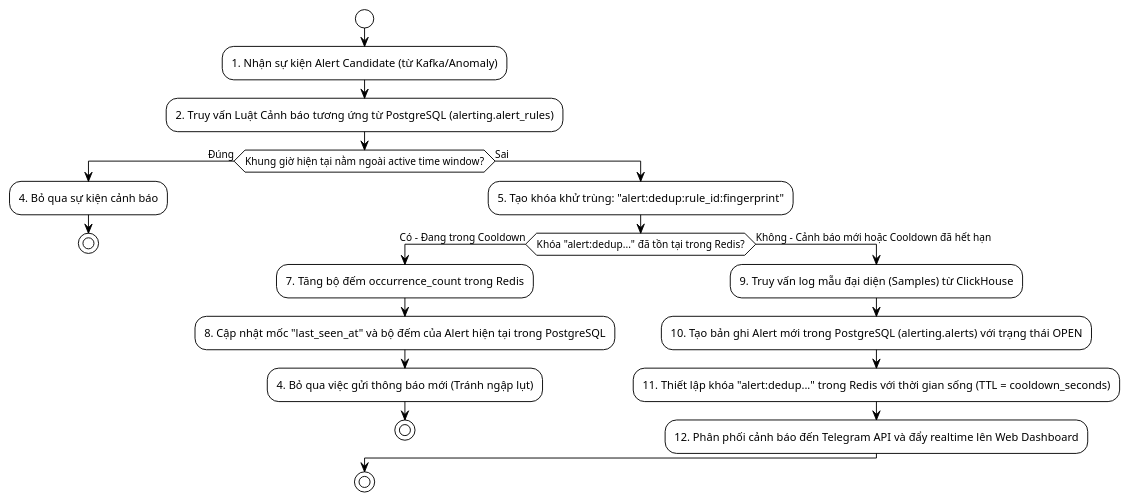
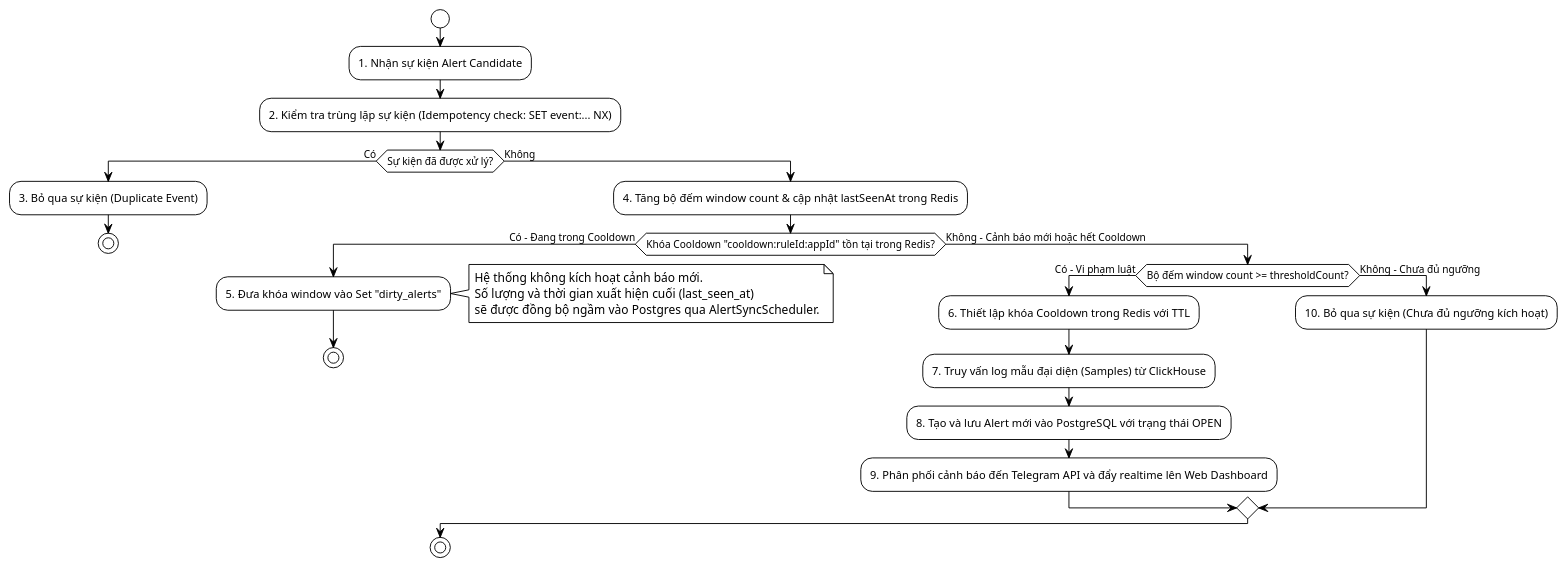
The ninth of 12 diagrams in detailed-diagrams.md (nguyentrongduc2005/log-monitoring-system), drawn with PlantUML before and after one commit. The commit also changed other lines of this file, not shown here.

Commit message:
docs: align alerting and deduplication flow with java and redis lua implementation

````diff
--- a/detailed-diagrams.md
+++ b/detailed-diagrams.md
@@ -406,33 +416,37 @@
 ```plantuml
 @startuml
 !theme plain
 skinparam monochrome true
 skinparam shadowing false
 skinparam defaultFontName "Courier New"
 
 start
-:1. Nhận sự kiện Alert Candidate (từ Kafka/Anomaly);
-:2. Truy vấn Luật Cảnh báo tương ứng từ PostgreSQL (alerting.alert_rules);
-
-if (Khung giờ hiện tại nằm ngoài active time window?) then (Đúng)
-    :4. Bỏ qua sự kiện cảnh báo;
+:1. Nhận sự kiện Alert Candidate;
+:2. Kiểm tra trùng lặp sự kiện (Idempotency check: SET event:... NX);
+if (Sự kiện đã được xử lý?) then (Có)
+    :3. Bỏ qua sự kiện (Duplicate Event);
     stop
-else (Sai)
-    :5. Tạo khóa khử trùng: "alert:dedup:rule_id:fingerprint";
-
-    if (Khóa "alert:dedup..." đã tồn tại trong Redis?) then (Có - Đang trong Cooldown)
-        :7. Tăng bộ đếm occurrence_count trong Redis;
-        :8. Cập nhật mốc "last_seen_at" và bộ đếm của Alert hiện tại trong PostgreSQL;
-        :4. Bỏ qua việc gửi thông báo mới (Tránh ngập lụt);
+else (Không)
+    :4. Tăng bộ đếm window count & cập nhật lastSeenAt trong Redis;
+    if (Khóa Cooldown "cooldown:ruleId:appId" tồn tại trong Redis?) then (Có - Đang trong Cooldown)
+        :5. Đưa khóa window vào Set "dirty_alerts";
+        note right
+            Hệ thống không kích hoạt cảnh báo mới.
+            Số lượng và thời gian xuất hiện cuối (last_seen_at) 
+            sẽ được đồng bộ ngầm vào Postgres qua AlertSyncScheduler.
+        end note
         stop
-    else (Không - Cảnh báo mới hoặc Cooldown đã hết hạn)
-        :9. Truy vấn log mẫu đại diện (Samples) từ ClickHouse;
-        :10. Tạo bản ghi Alert mới trong PostgreSQL (alerting.alerts) với trạng thái OPEN;
-        :11. Thiết lập khóa "alert:dedup..." trong Redis với thời gian sống (TTL = cooldown_seconds);
-        :12. Phân phối cảnh báo đến Telegram API và đẩy realtime lên Web Dashboard;
+    else (Không - Cảnh báo mới hoặc hết Cooldown)
+        if (Bộ đếm window count >= thresholdCount?) then (Có - Vi phạm luật)
+            :6. Thiết lập khóa Cooldown trong Redis với TTL;
+            :7. Truy vấn log mẫu đại diện (Samples) từ ClickHouse;
+            :8. Tạo và lưu Alert mới vào PostgreSQL với trạng thái OPEN;
+            :9. Phân phối cảnh báo đến Telegram API và đẩy realtime lên Web Dashboard;
+        else (Không - Chưa đủ ngưỡng)
+            :10. Bỏ qua sự kiện (Chưa đủ ngưỡng kích hoạt);
+        endif
     endif
 endif
-
 stop
 @enduml
 ```
````
